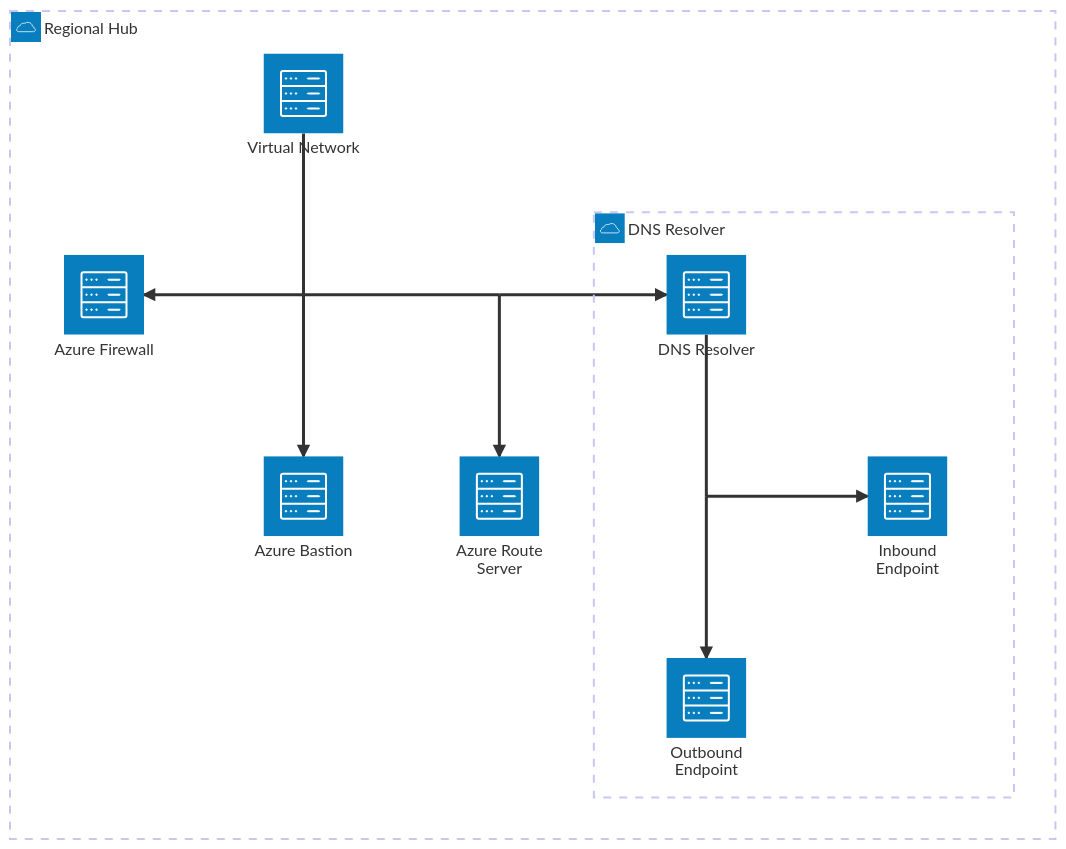
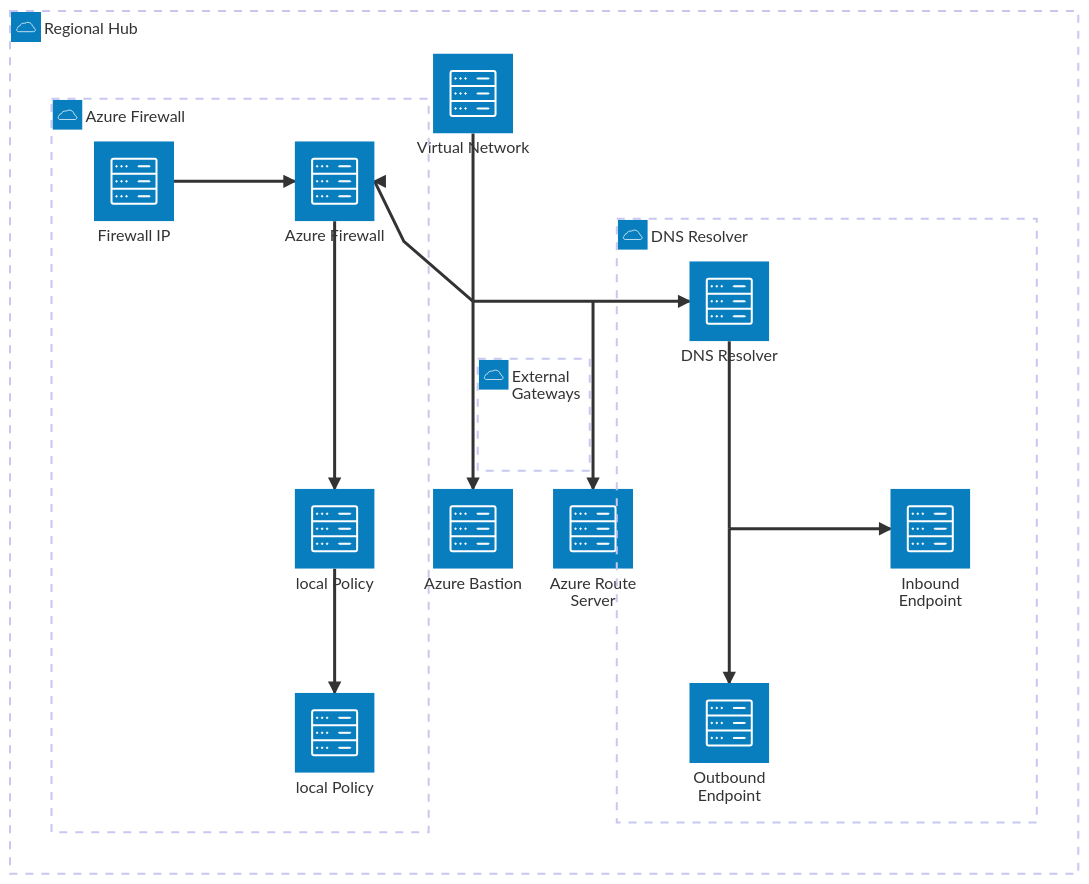
The diagram in Bicep/Resource/RegionalConnectivityHub/ReadMe.md (drewkg/Azure), drawn with Mermaid before and after one commit. The commit also changed other lines of this file, not shown here.

Commit message:
Update firewall resources

````diff
--- a/Bicep/Resource/RegionalConnectivityHub/ReadMe.md
+++ b/Bicep/Resource/RegionalConnectivityHub/ReadMe.md
@@ -20,28 +20,38 @@
 ```mermaid
 	architecture-beta
 		group hub(cloud)[Regional Hub]
+		group firewallgroup(cloud)[Azure Firewall] in hub
+		group gatewaygroup(cloud)[External Gateways] in hub
 		group dnsgroup(cloud)[DNS Resolver] in hub
 
 		service network(server)[Virtual Network] in hub
 		service bastion(server)[Azure Bastion] in hub
-		service firewall(server)[Azure Firewall] in hub
+		service firewall(server)[Azure Firewall] in firewallgroup
+		service firewallip(server)[Firewall IP] in firewallgroup
 		service route(server)[Azure Route Server] in hub
+
+		service localpolicy(server)[local Policy] in firewallgroup
+		service globalpolicy(server)[local Policy] in firewallgroup
+
 		service dns(server)[DNS Resolver] in dnsgroup
 		service inbound(server)[Inbound Endpoint] in dnsgroup
 		service outbound(server)[Outbound Endpoint] in dnsgroup
 
 		junction vnet1 in hub
 		junction vnet2 in hub
 		junction dns1 in dnsgroup
 
 		network:B -- T:vnet1
 		vnet1:L --> R:firewall
+		firewall:L <-- R:firewallip
+		firewall:B --> T:localpolicy
+		localpolicy:B --> T:globalpolicy
+
 		vnet1:B --> T:bastion
 		vnet1:R -- L:vnet2
 		vnet2:B --> T:route
 		vnet2:R --> L:dns
 		dns:B -- T:dns1
 		dns1:R --> L:inbound
 		dns1:B --> T:outbound
-
 ```
````
